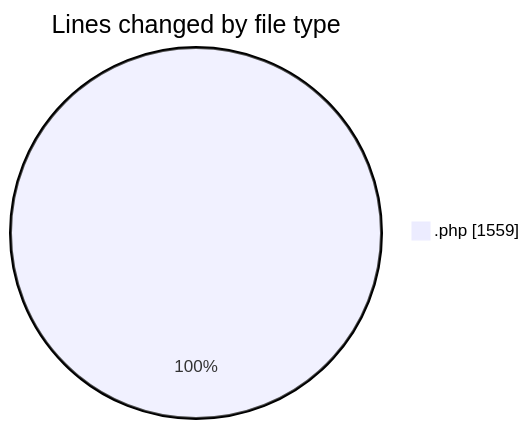
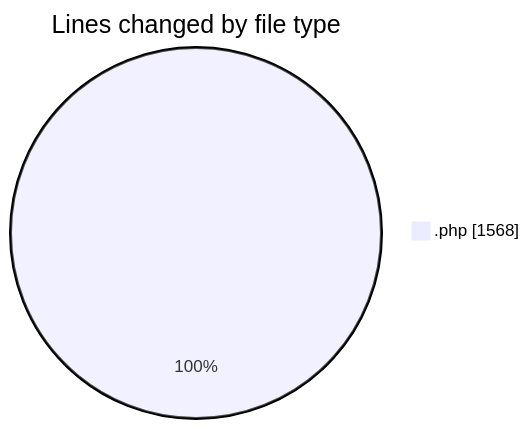
The first of 2 diagrams in 2025-04-17/zeytoon/README.md (vahidmafi/code-tracking), drawn with Mermaid before and after one commit. The commit also changed other lines of this file and 1 other file, not shown here.

````diff
--- a/2025-04-17/zeytoon/README.md
+++ b/2025-04-17/zeytoon/README.md
@@ -23,5 +23,5 @@
 ```mermaid
 pie showData
 title Lines changed by file type
-".php" : 1559
+".php" : 1568
 ```
````
